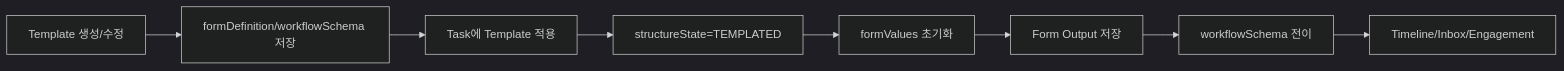
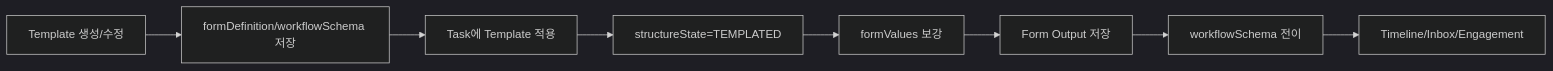
The diagram in docs/TEMPLATE_LIFECYCLE.md (claire-yunsumin/test), drawn with Mermaid (dark theme) before and after one commit. The commit also changed other lines of this file and 19 other files, not shown here.

````diff
--- a/docs/TEMPLATE_LIFECYCLE.md
+++ b/docs/TEMPLATE_LIFECYCLE.md
@@ -70,10 +70,10 @@
 ```mermaid
 flowchart LR
   A[Template 생성/수정] --> B[formDefinition/workflowSchema 저장]
   B --> C[Task에 Template 적용]
   C --> D[structureState=TEMPLATED]
-  D --> E[formValues 초기화]
+  D --> E[formValues 보강]
   E --> F[Form Output 저장]
   F --> G[workflowSchema 전이]
   G --> H[Timeline/Inbox/Engagement]
 ```
````
